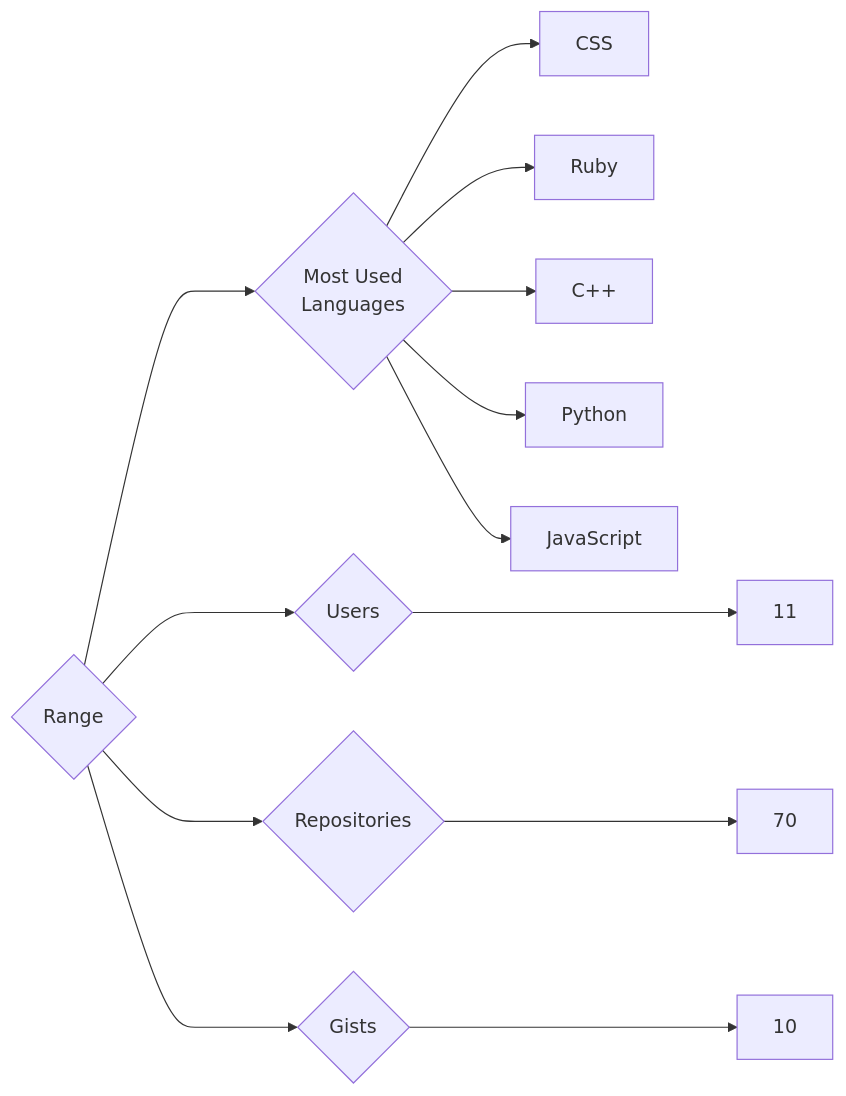
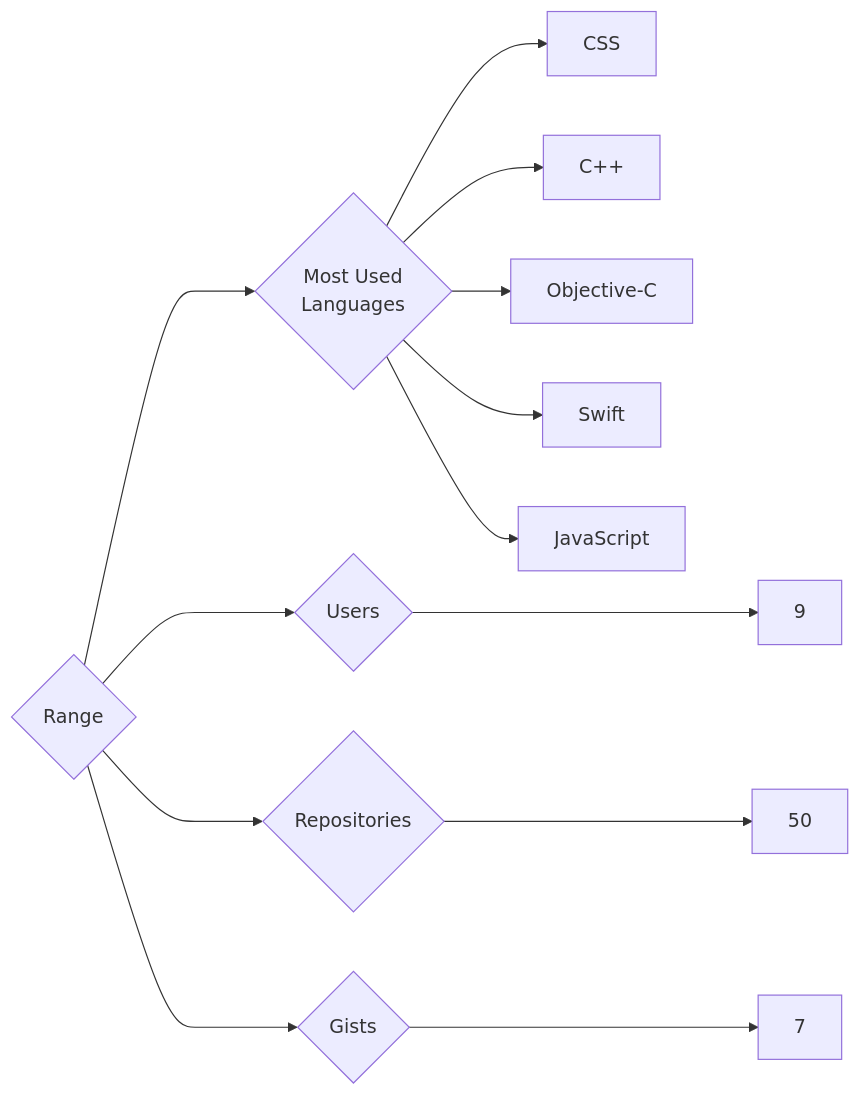
The diagram in targets/Range/README.md (trickest/insiders), drawn with Mermaid before and after one commit. The commit also changed 1484 other files, not shown here.

````diff
--- a/targets/Range/README.md
+++ b/targets/Range/README.md
@@ -3,13 +3,13 @@
 ```mermaid
 graph LR
 COMPANY_NAME{Range}
-COMPANY_NAME ---> U{Users} ---> UN[11]
-COMPANY_NAME ---> R{Repositories} ---> RN[70]
-COMPANY_NAME ---> G{Gists} ---> GN[10]
+COMPANY_NAME ---> U{Users} ---> UN[9]
+COMPANY_NAME ---> R{Repositories} ---> RN[50]
+COMPANY_NAME ---> G{Gists} ---> GN[7]
 COMPANY_NAME ---> ML{Most Used<br>Languages}
 ML --> CSS[CSS]
-ML --> Ruby[Ruby]
 ML --> C++[C++]
-ML --> Python[Python]
+ML --> Objective-C[Objective-C]
+ML --> Swift[Swift]
 ML --> JavaScript[JavaScript]
 ```
````
